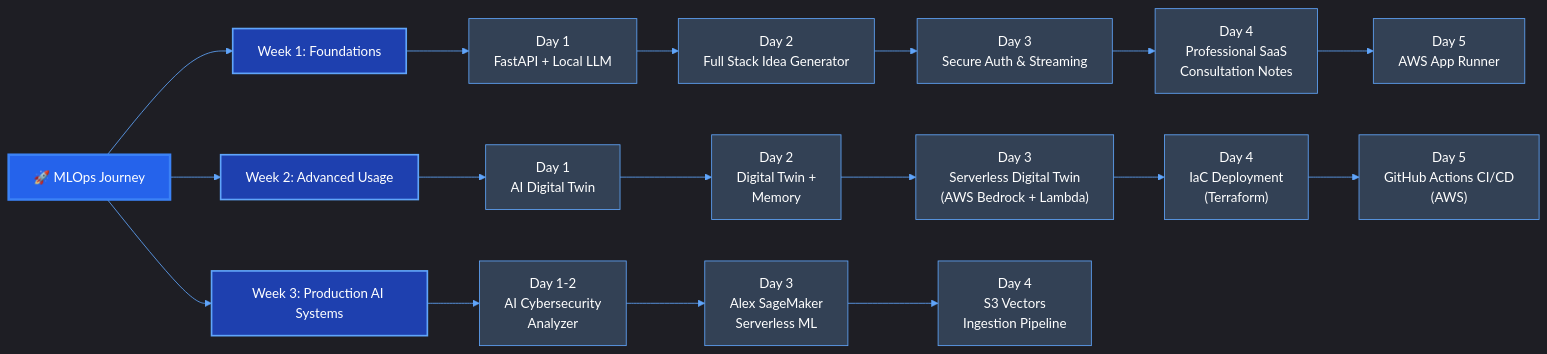
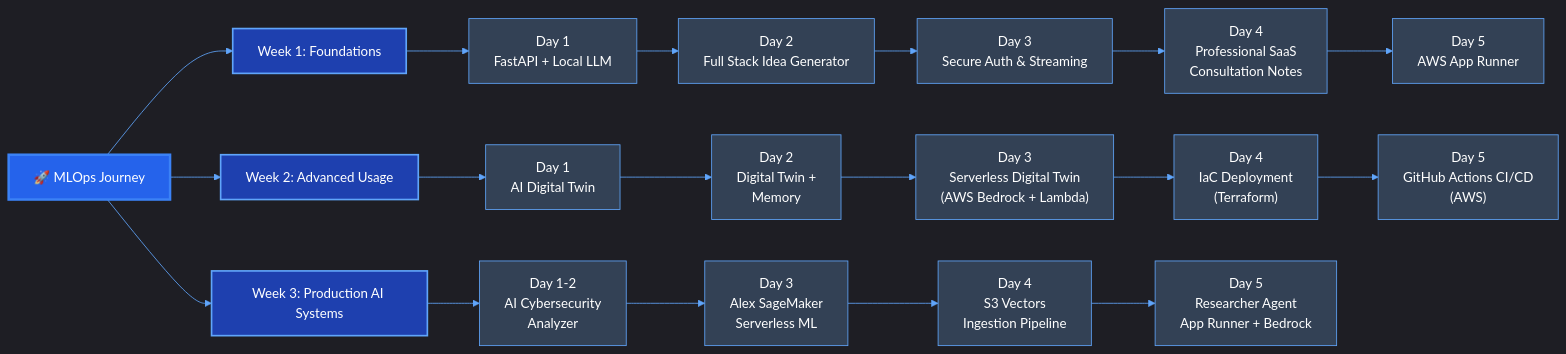
The first of 6 diagrams in README.md (baloglu321/mlops-journey), drawn with Mermaid before and after one commit. The commit also changed other lines of this file and 3 other files, not shown here.

````diff
--- a/README.md
+++ b/README.md
@@ -23,38 +23,40 @@
 ```mermaid
 %%{init: {'theme': 'dark', 'themeVariables': { 'primaryColor': '#2563eb', 'primaryTextColor': '#fff', 'primaryBorderColor': '#3b82f6', 'lineColor': '#60a5fa', 'secondaryColor': '#1e40af', 'tertiaryColor': '#1e3a8a'}}}%%
 graph LR
     A[🚀 MLOps Journey] --> B[Week 1: Foundations]
     B --> C[Day 1<br/>FastAPI + Local LLM]
     C --> D[Day 2<br/>Full Stack Idea Generator]
     D --> E[Day 3<br/>Secure Auth & Streaming]
     E --> F[Day 4<br/>Professional SaaS<br/>Consultation Notes]
     F --> G[Day 5<br/>AWS App Runner]
     A --> H[Week 2: Advanced Usage]
     H --> I[Day 1<br/>AI Digital Twin]
     I --> J[Day 2<br/>Digital Twin +<br/>Memory]
     J --> K["Day 3<br/>Serverless Digital Twin<br/>(AWS Bedrock + Lambda)"]
     K --> L["Day 4<br/>IaC Deployment<br/>(Terraform)"]
     L --> M["Day 5<br/>GitHub Actions CI/CD<br/>(AWS)"]
     A --> N[Week 3: Production AI Systems]
     N --> O["Day 1-2<br/>AI Cybersecurity<br/>Analyzer"]
     O --> P["Day 3<br/>Alex SageMaker<br/>Serverless ML"]
     P --> Q["Day 4<br/>S3 Vectors<br/>Ingestion Pipeline"]
+    Q --> R["Day 5<br/>Researcher Agent<br/>App Runner + Bedrock"]
     
     style A fill:#2563eb,stroke:#3b82f6,stroke-width:3px,color:#fff
     style B fill:#1e40af,stroke:#60a5fa,stroke-width:2px,color:#fff
     style C fill:#334155,stroke:#60a5fa,color:#fff
     style D fill:#334155,stroke:#60a5fa,color:#fff
     style E fill:#334155,stroke:#60a5fa,color:#fff
     style F fill:#334155,stroke:#60a5fa,color:#fff
     style G fill:#334155,stroke:#60a5fa,color:#fff
     style H fill:#1e40af,stroke:#60a5fa,stroke-width:2px,color:#fff
     style I fill:#334155,stroke:#60a5fa,color:#fff
     style J fill:#334155,stroke:#60a5fa,color:#fff
     style K fill:#334155,stroke:#60a5fa,color:#fff
     style L fill:#334155,stroke:#60a5fa,color:#fff
     style M fill:#334155,stroke:#60a5fa,color:#fff
     style N fill:#1e40af,stroke:#60a5fa,stroke-width:2px,color:#fff
     style O fill:#334155,stroke:#60a5fa,color:#fff
     style P fill:#334155,stroke:#60a5fa,color:#fff
     style Q fill:#334155,stroke:#60a5fa,color:#fff
+    style R fill:#334155,stroke:#60a5fa,color:#fff
 ```
````
